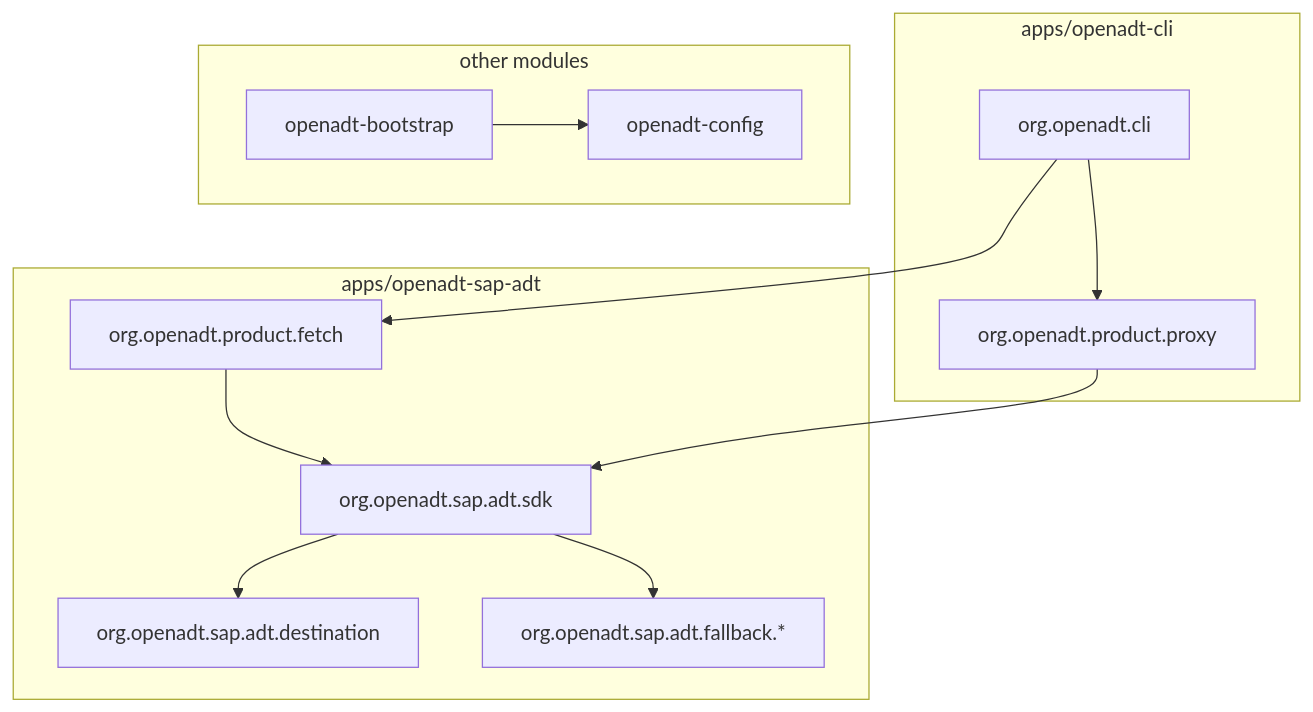
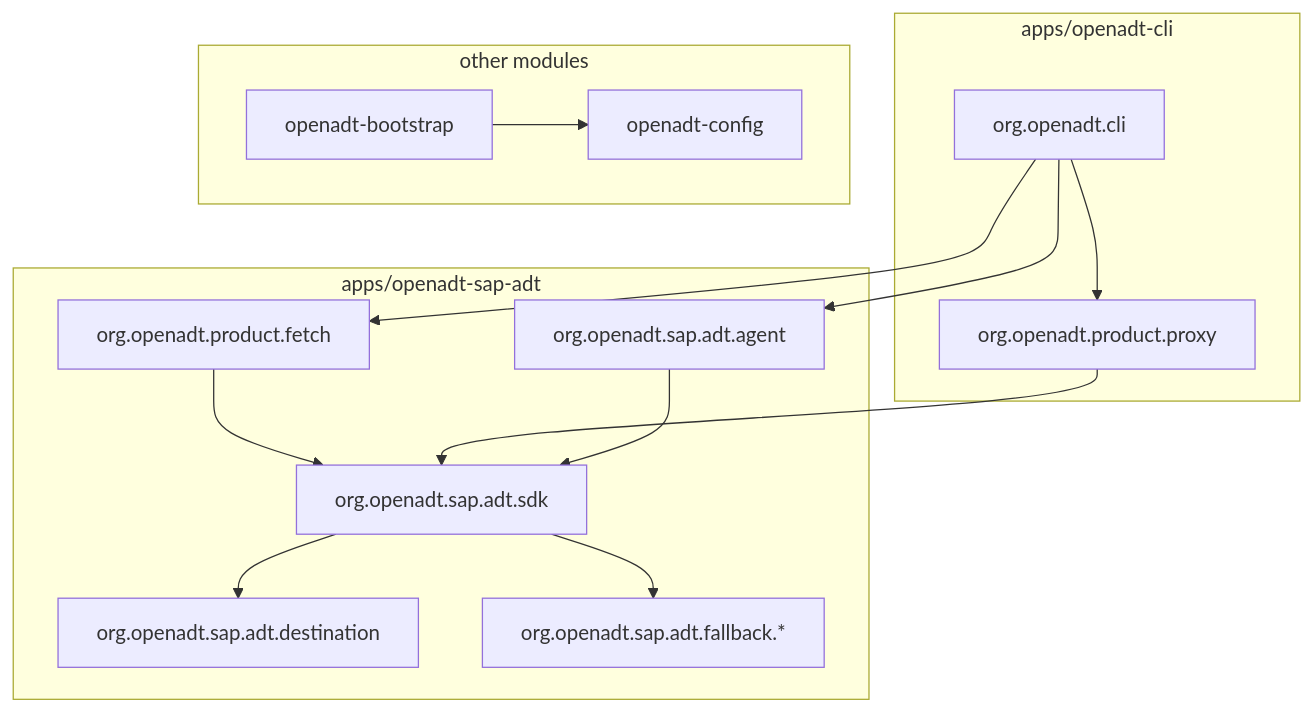
Before and after one commit to abapify/openadt: the diagram in DESIGN.md, drawn with Mermaid. The commit also changed other lines of this file and 7 other files, not shown here.

Commit message:
docs(specs): authorize OpenADT agent-foundation tools (LSP operation coverage)

````diff
--- a/DESIGN.md
+++ b/DESIGN.md
@@ -21,24 +21,27 @@
 ```mermaid
 flowchart TB
   subgraph cli["apps/openadt-cli"]
     PIC["org.openadt.cli"]
     PROXY["org.openadt.product.proxy"]
   end
   subgraph sap["apps/openadt-sap-adt"]
     SDK["org.openadt.sap.adt.sdk"]
     DEST["org.openadt.sap.adt.destination"]
     FETCH["org.openadt.product.fetch"]
+    agent["org.openadt.sap.adt.agent"]
     FB["org.openadt.sap.adt.fallback.*"]
   end
   subgraph other["other modules"]
     CFG["openadt-config"]
     BOOT["openadt-bootstrap"]
   end
   PIC --> FETCH
   PIC --> PROXY
+  PIC --> agent
   FETCH --> SDK
   PROXY --> SDK
+  agent --> SDK
   SDK --> DEST
   SDK --> FB
   BOOT --> CFG
 ```
````
